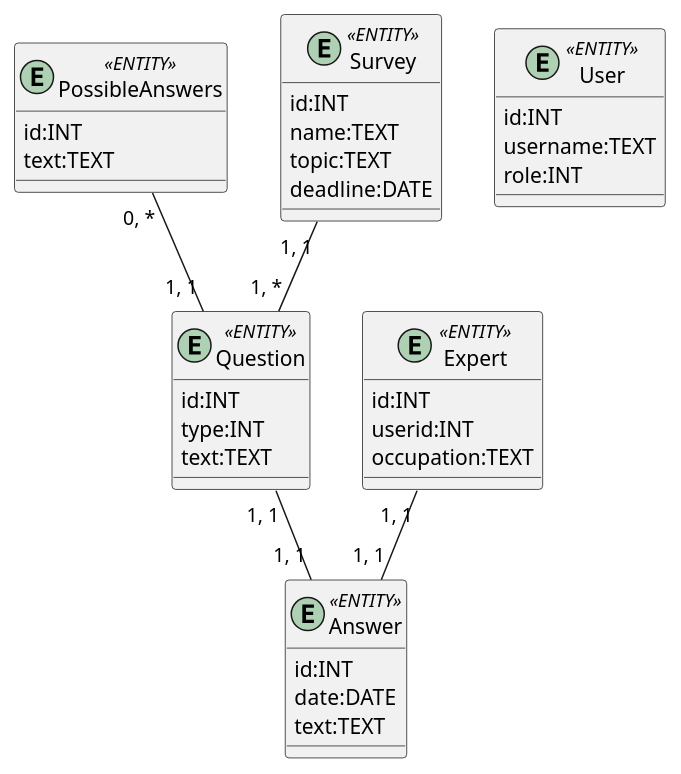
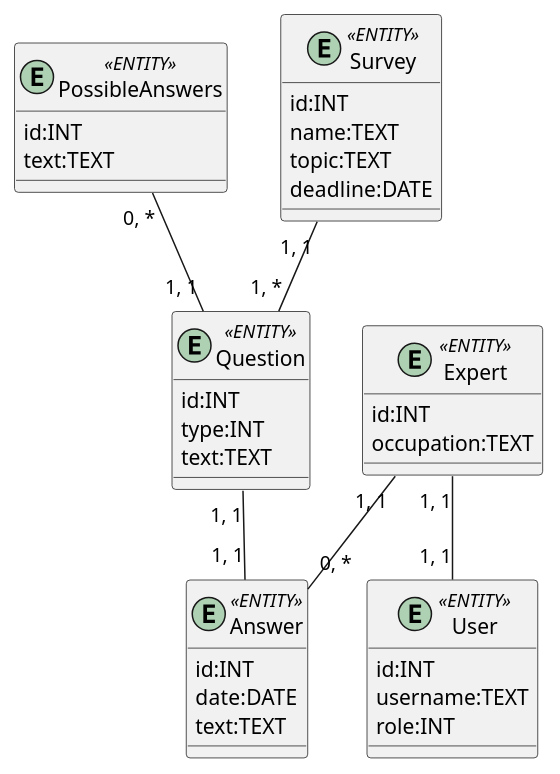
Before and after one commit to anrysliusar/SurvExp: the diagram in src/uml/business-models/ER.puml, drawn with PlantUML. The commit also changed 1 other file, not shown here.

Commit message:
update BEM and ER models

```diff
--- a/src/uml/business-models/ER.puml
+++ b/src/uml/business-models/ER.puml
@@ -1,44 +1,44 @@
 @startuml
 
   entity User <<ENTITY>> {
     id:INT
     username:TEXT
     role:INT
   }
   
   entity Expert <<ENTITY>>{
     id:INT
-    userid:INT
     occupation:TEXT
   }
   
   entity Survey <<ENTITY>>{
     id:INT
     name:TEXT
     topic:TEXT
     deadline:DATE
   }
   
   entity Question <<ENTITY>>{
     id:INT
     type:INT
     text:TEXT
   }
 
   entity Answer <<ENTITY>> {
     id:INT
     date:DATE
     text:TEXT
   }
   
   entity PossibleAnswers <<ENTITY>> {
     id:INT
     text:TEXT
   }
 
   Question "1, *" -u- "1, 1" Survey
+  User "1, 1" -u- "1, 1" Expert
   Answer "1, 1" -u- "1, 1" Question
-  Answer "1, 1" -u- "1, 1" Expert
+  Answer "0, *" -u- "1, 1" Expert
   Question "1, 1" -u- "0, *" PossibleAnswers
       
 @enduml
```
